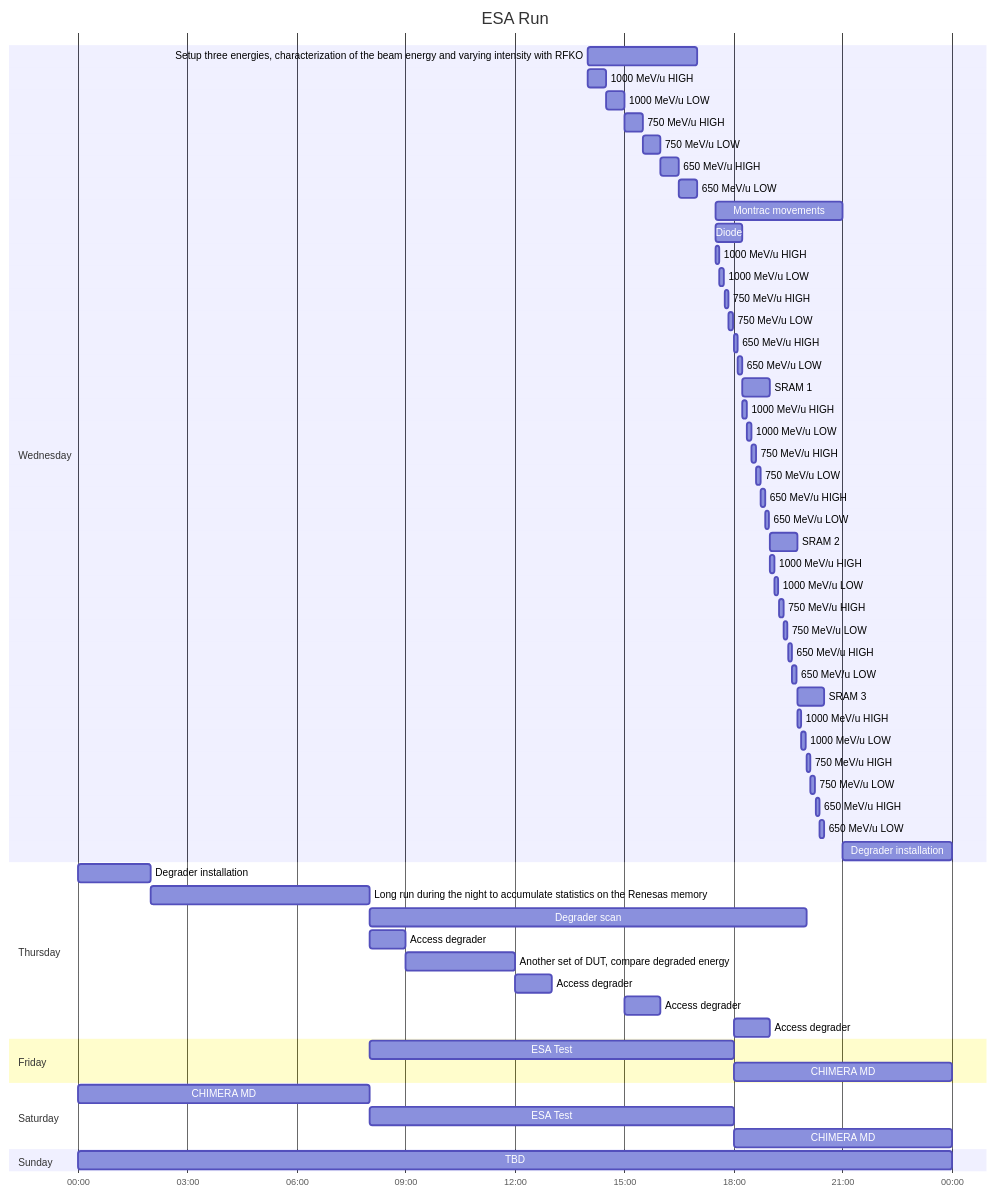
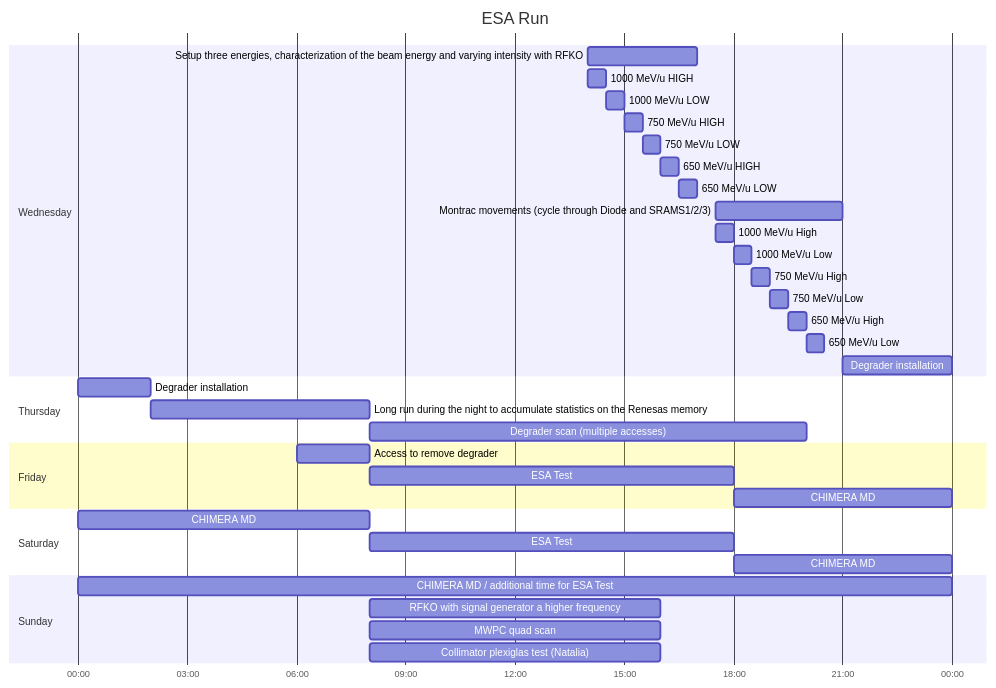
Before and after one commit to eliottjohnson/Obsidian-Vault: the diagram in Fellowship/CHIMERA/ESA Ion Run 2022.md, drawn with Mermaid. The commit also changed other lines of this file, not shown here.

Commit message:
PC vault backup: 2022-11-18 16:01:20
Affected files:
Fellowship/CHIMERA/ESA Ion Run 2022.md

````diff
--- a/Fellowship/CHIMERA/ESA Ion Run 2022.md
+++ b/Fellowship/CHIMERA/ESA Ion Run 2022.md
@@ -110,6 +110,8 @@
     dateFormat  HH-mm
 
     axisFormat %H:%M
+
+    todayMarker off
 
   
 
@@ -131,72 +133,25 @@
 
   
 
-    Montrac movements: 17-30, 210m
+    Montrac movements (cycle through Diode and SRAMS1/2/3): 17-30, 210m
 
   
 
-    Diode: 17-30, 45m
+    1000 MeV/u High: 17-30, 30m
 
-    1000 MeV/u HIGH: 17-30, 7m
-
-    1000 MeV/u LOW: 17-37, 7m
-
-    750 MeV/u HIGH: 17-45, 7m
-
-    750 MeV/u LOW: 17-52, 7m
-
-    650 MeV/u HIGH: 18-00, 7m
-
-    650 MeV/u LOW: 18-07, 7m
-
-  
-  
-
-    SRAM 1: 18-15, 45m
-
-    1000 MeV/u HIGH: 18-15, 7m
-
-    1000 MeV/u LOW: 18-22, 7m
-
-    750 MeV/u HIGH: 18-30, 7m
-
-    750 MeV/u LOW: 18-37, 7m
-
-    650 MeV/u HIGH: 18-45, 7m
-
-    650 MeV/u LOW: 18-52, 7m
+    1000 MeV/u Low: 18-00, 30m
 
   
 
-    SRAM 2: 19-00, 45m
+    750 MeV/u High: 18-30, 30m
 
-    1000 MeV/u HIGH: 19-00, 7m
-
-    1000 MeV/u LOW: 19-07, 7m
-
-    750 MeV/u HIGH: 19-15, 7m
-
-    750 MeV/u LOW: 19-22, 7m
-
-    650 MeV/u HIGH: 19-30, 7m
-
-    650 MeV/u LOW: 19-37, 7m
+    750 MeV/u Low: 19-00, 30m
 
   
 
-    SRAM 3: 19-45, 45m
+    650 MeV/u High: 19-30, 30m
 
-    1000 MeV/u HIGH: 19-45, 7m
-
-    1000 MeV/u LOW: 19-52, 7m
-
-    750 MeV/u HIGH: 20-00, 7m
-
-    750 MeV/u LOW: 20-07, 7m
-
-    650 MeV/u HIGH: 20-15, 7m
-
-    650 MeV/u LOW: 20-22, 7m
+    650 MeV/u Low: 20-00, 30m
 
   
 
@@ -214,27 +169,15 @@
 
   
 
-    Degrader scan: 08-00, 12h
-
-    Access degrader: 08-00, 1h
-
-    Another set of DUT, compare degraded energy: 09-00, 3h
+    Degrader scan (multiple accesses): 08-00, 12h
 
   
-
-    Access degrader: 12-00, 1h
-
   
-
-    Access degrader: 15-00, 1h
-
-  
-
-    Access degrader: 18-00, 1h
-
   
 
     section Friday
+
+    Access to remove degrader: 06-00, 2h
 
     ESA Test: 08-00, 10h
 
@@ -256,5 +199,13 @@
 
   
 
-    TBD: 00-00, 24h
+    CHIMERA MD / additional time for ESA Test: 00-00, 24h
+
+  
+
+    RFKO with signal generator a higher frequency: 08-00, 8h
+
+    MWPC quad scan: 08-00, 8h
+
+    Collimator plexiglas test (Natalia): 08-00, 8h
 ```
````
